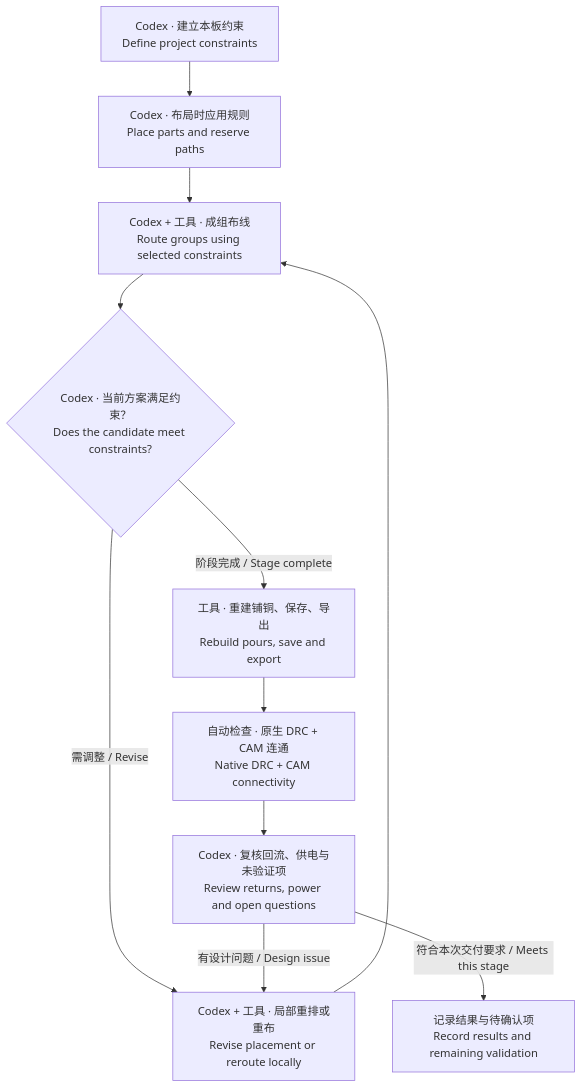
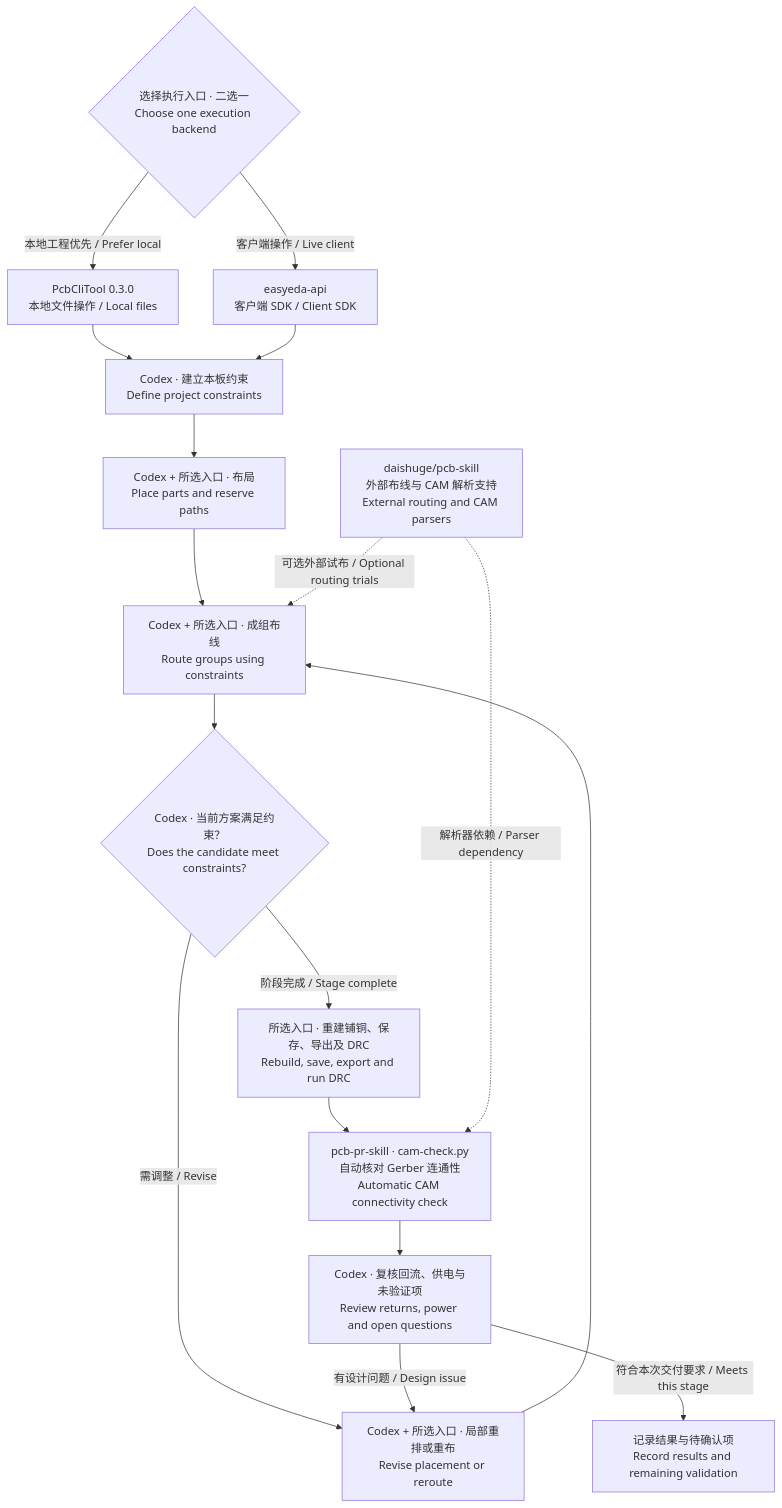
The diagram in README.md (sanityARO/pcb-pr-skill), drawn with Mermaid before and after one commit. The commit also changed other lines of this file, not shown here.

Commit message:
Map upstream tools onto the bilingual workflow diagram
Show PcbCliTool and easyeda-api as alternative execution backends, and identify pcb-skill's routing and CAM parser roles.

````diff
--- a/README.md
+++ b/README.md
@@ -41,13 +41,21 @@
 ```mermaid
 flowchart TD
-    A["Codex · 建立本板约束<br/>Define project constraints"] --> B["Codex · 布局时应用规则<br/>Place parts and reserve paths"]
-    B --> C["Codex + 工具 · 成组布线<br/>Route groups using selected constraints"]
+    T{"选择执行入口 · 二选一<br/>Choose one execution backend"}
+    T -- "本地工程优先 / Prefer local" --> P["PcbCliTool 0.3.0<br/>本地文件操作 / Local files"]
+    T -- "客户端操作 / Live client" --> Q["easyeda-api<br/>客户端 SDK / Client SDK"]
+    P --> A["Codex · 建立本板约束<br/>Define project constraints"]
+    Q --> A
+    A --> B["Codex + 所选入口 · 布局<br/>Place parts and reserve paths"]
+    B --> C["Codex + 所选入口 · 成组布线<br/>Route groups using constraints"]
+    U["daishuge/pcb-skill<br/>外部布线与 CAM 解析支持<br/>External routing and CAM parsers"]
+    U -. "可选外部试布 / Optional routing trials" .-> C
     C --> D{"Codex · 当前方案满足约束？<br/>Does the candidate meet constraints?"}
-    D -- "需调整 / Revise" --> R["Codex + 工具 · 局部重排或重布<br/>Revise placement or reroute locally"]
+    D -- "需调整 / Revise" --> R["Codex + 所选入口 · 局部重排或重布<br/>Revise placement or reroute"]
     R --> C
-    D -- "阶段完成 / Stage complete" --> E["工具 · 重建铺铜、保存、导出<br/>Rebuild pours, save and export"]
-    E --> F["自动检查 · 原生 DRC + CAM 连通<br/>Native DRC + CAM connectivity"]
+    D -- "阶段完成 / Stage complete" --> E["所选入口 · 重建铺铜、保存、导出及 DRC<br/>Rebuild, save, export and run DRC"]
+    E --> F["pcb-pr-skill · cam-check.py<br/>自动核对 Gerber 连通性<br/>Automatic CAM connectivity check"]
+    U -. "解析器依赖 / Parser dependency" .-> F
     F --> G["Codex · 复核回流、供电与未验证项<br/>Review returns, power and open questions"]
     G -- "有设计问题 / Design issue" --> R
     G -- "符合本次交付要求 / Meets this stage" --> H["记录结果与待确认项<br/>Record results and remaining validation"]
 ```
````
